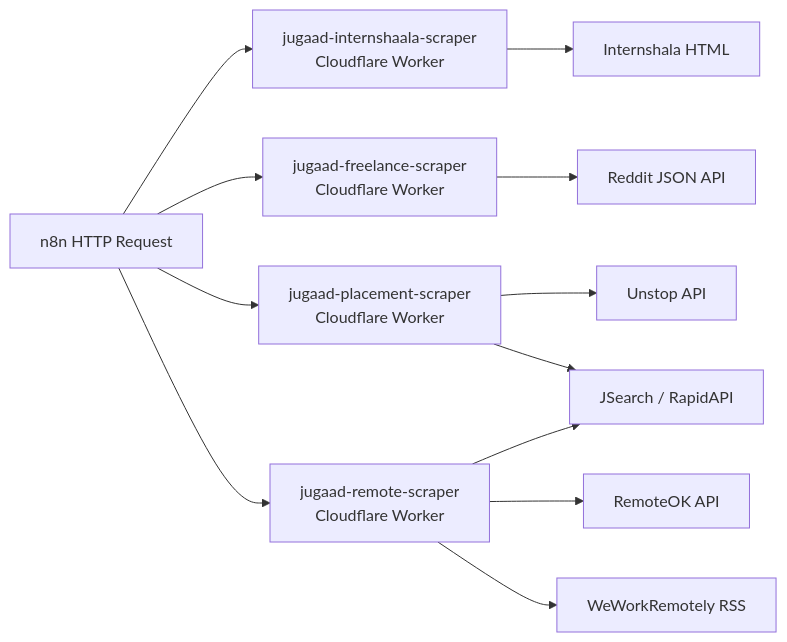
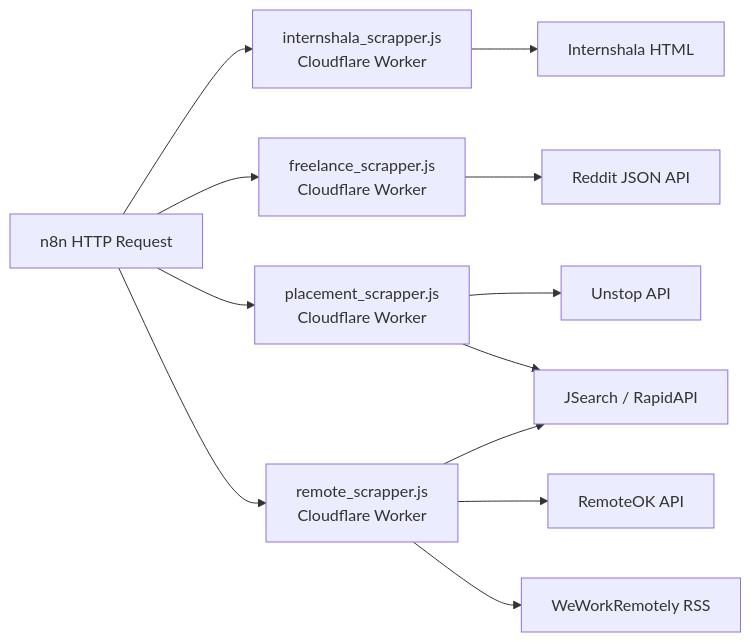
One commit to A-K-SRIVASTAVA/Jugaad_OS changed the third of 4 diagrams in README.md. Above: the diagram before and after it, drawn with Mermaid. The commit also changed other lines of this file and 4 other files, not shown here.

````diff
--- a/README.md
+++ b/README.md
@@ -214,14 +229,14 @@
 ```mermaid
 flowchart LR
-    N[n8n HTTP Request] --> CW1[jugaad-internshaala-scraper\nCloudflare Worker]
-    N --> CW2[jugaad-freelance-scraper\nCloudflare Worker]
-    N --> CW3[jugaad-placement-scraper\nCloudflare Worker]
-    N --> CW4[jugaad-remote-scraper\nCloudflare Worker]
+    N[n8n HTTP Request] --> CW1[internshala_scrapper.js\nCloudflare Worker]
+    N --> CW2[freelance_scrapper.js\nCloudflare Worker]
+    N --> CW3[placement_scrapper.js\nCloudflare Worker]
+    N --> CW4[remote_scrapper.js\nCloudflare Worker]
     CW1 --> IS[Internshala HTML]
     CW2 --> RD[Reddit JSON API]
     CW3 --> UN[Unstop API]
     CW3 --> JS[JSearch / RapidAPI]
     CW4 --> RO[RemoteOK API]
     CW4 --> WW[WeWorkRemotely RSS]
     CW4 --> JS
 ```
````
